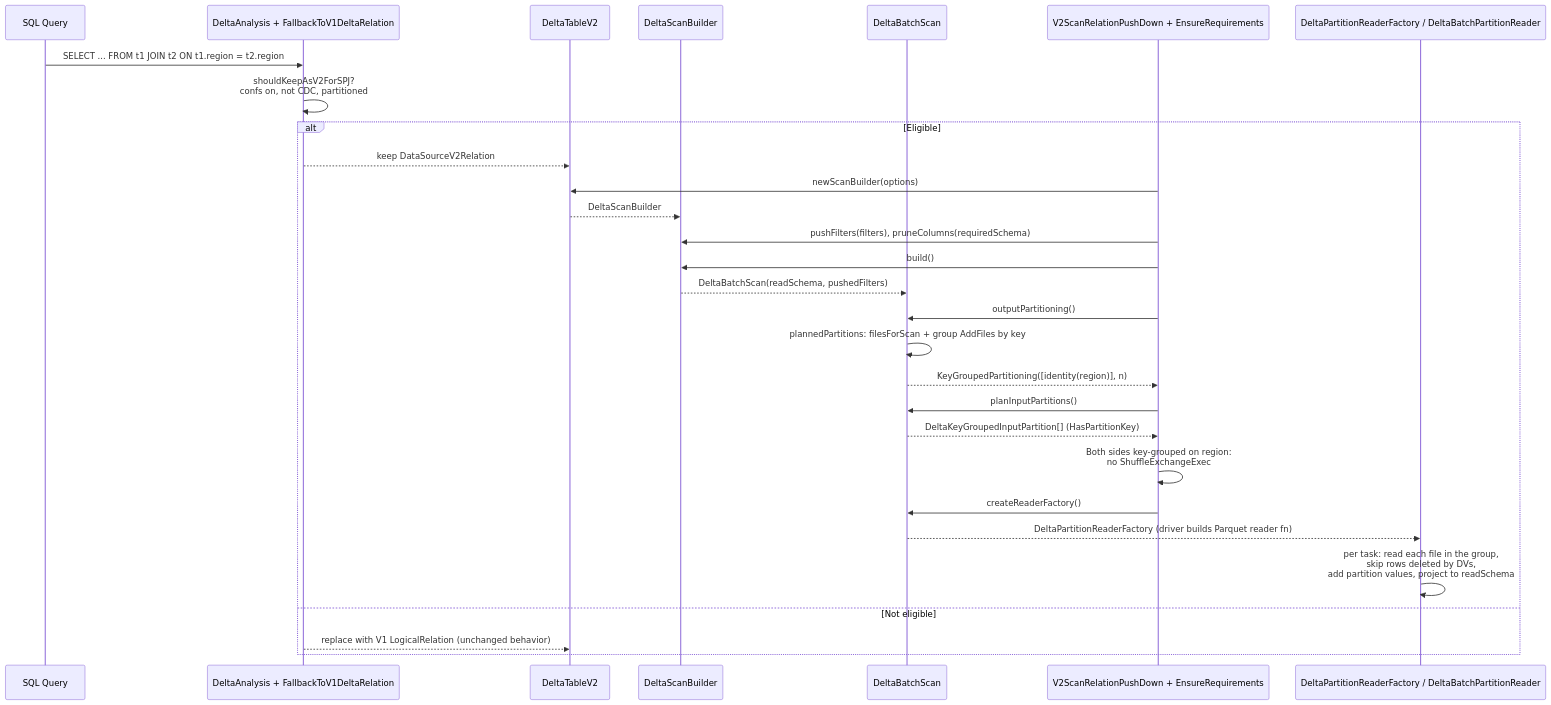
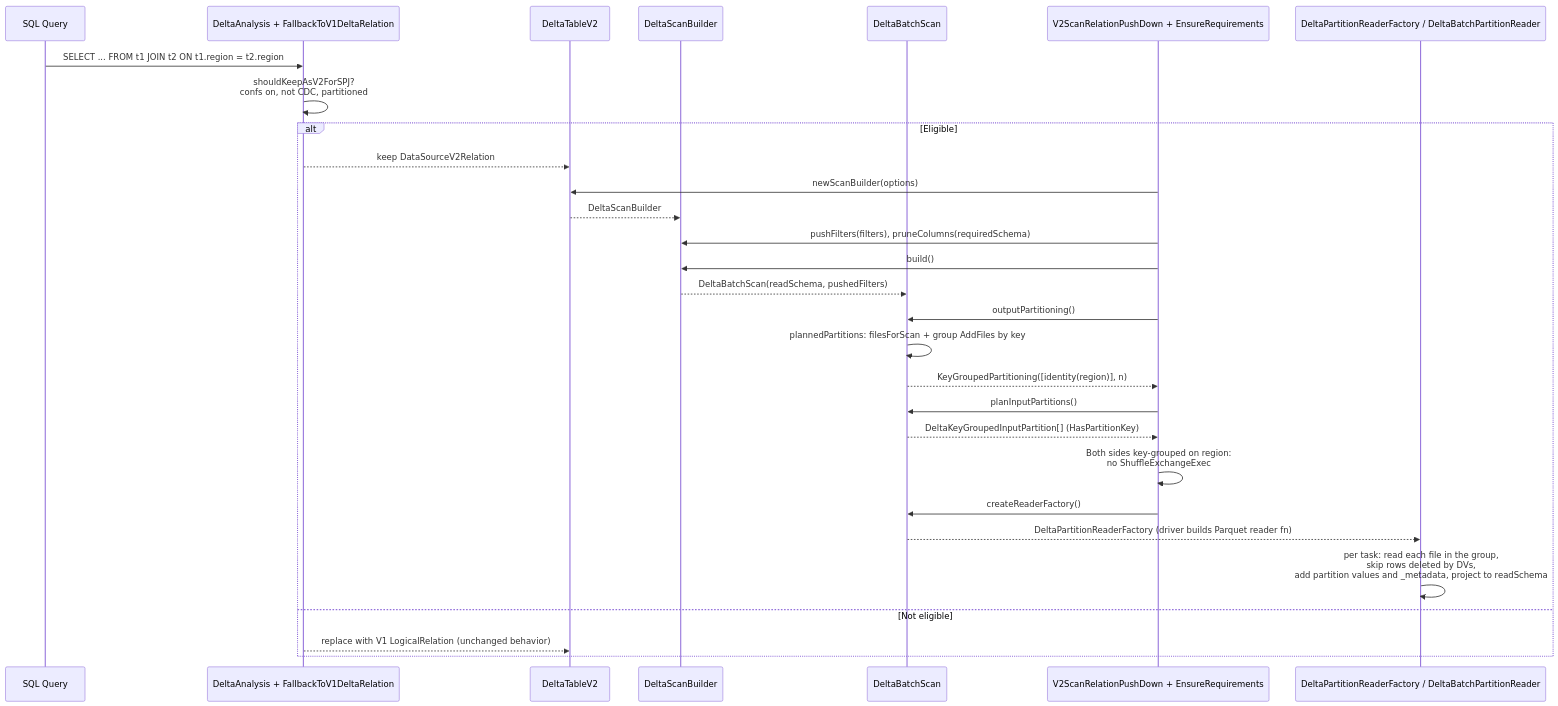
Before and after one commit to warrenzhu25/delta: the first of 2 diagrams in STORAGE_PARTITIONED_JOIN.md, drawn with Mermaid. The commit also changed other lines of this file and 6 other files, not shown here.

````diff
--- a/STORAGE_PARTITIONED_JOIN.md
+++ b/STORAGE_PARTITIONED_JOIN.md
@@ -113,32 +120,32 @@
 ```mermaid
 sequenceDiagram
     participant User as SQL Query
     participant Analysis as DeltaAnalysis + FallbackToV1DeltaRelation
     participant TableV2 as DeltaTableV2
     participant Builder as DeltaScanBuilder
     participant Scan as DeltaBatchScan
     participant Planner as V2ScanRelationPushDown + EnsureRequirements
     participant Exec as DeltaPartitionReaderFactory / DeltaBatchPartitionReader
 
     User->>Analysis: SELECT ... FROM t1 JOIN t2 ON t1.region = t2.region
     Analysis->>Analysis: shouldKeepAsV2ForSPJ?<br/>confs on, not CDC, partitioned
     alt Eligible
         Analysis-->>TableV2: keep DataSourceV2Relation
         Planner->>TableV2: newScanBuilder(options)
         TableV2-->>Builder: DeltaScanBuilder
         Planner->>Builder: pushFilters(filters), pruneColumns(requiredSchema)
         Planner->>Builder: build()
         Builder-->>Scan: DeltaBatchScan(readSchema, pushedFilters)
         Planner->>Scan: outputPartitioning()
         Scan->>Scan: plannedPartitions: filesForScan + group AddFiles by key
         Scan-->>Planner: KeyGroupedPartitioning([identity(region)], n)
         Planner->>Scan: planInputPartitions()
         Scan-->>Planner: DeltaKeyGroupedInputPartition[] (HasPartitionKey)
         Planner->>Planner: Both sides key-grouped on region:<br/>no ShuffleExchangeExec
         Planner->>Scan: createReaderFactory()
         Scan-->>Exec: DeltaPartitionReaderFactory (driver builds Parquet reader fn)
-        Exec->>Exec: per task: read each file in the group,<br/>skip rows deleted by DVs,<br/>add partition values, project to readSchema
+        Exec->>Exec: per task: read each file in the group,<br/>skip rows deleted by DVs,<br/>add partition values and _metadata, project to readSchema
     else Not eligible
         Analysis-->>TableV2: replace with V1 LogicalRelation (unchanged behavior)
     end
 ```
````
